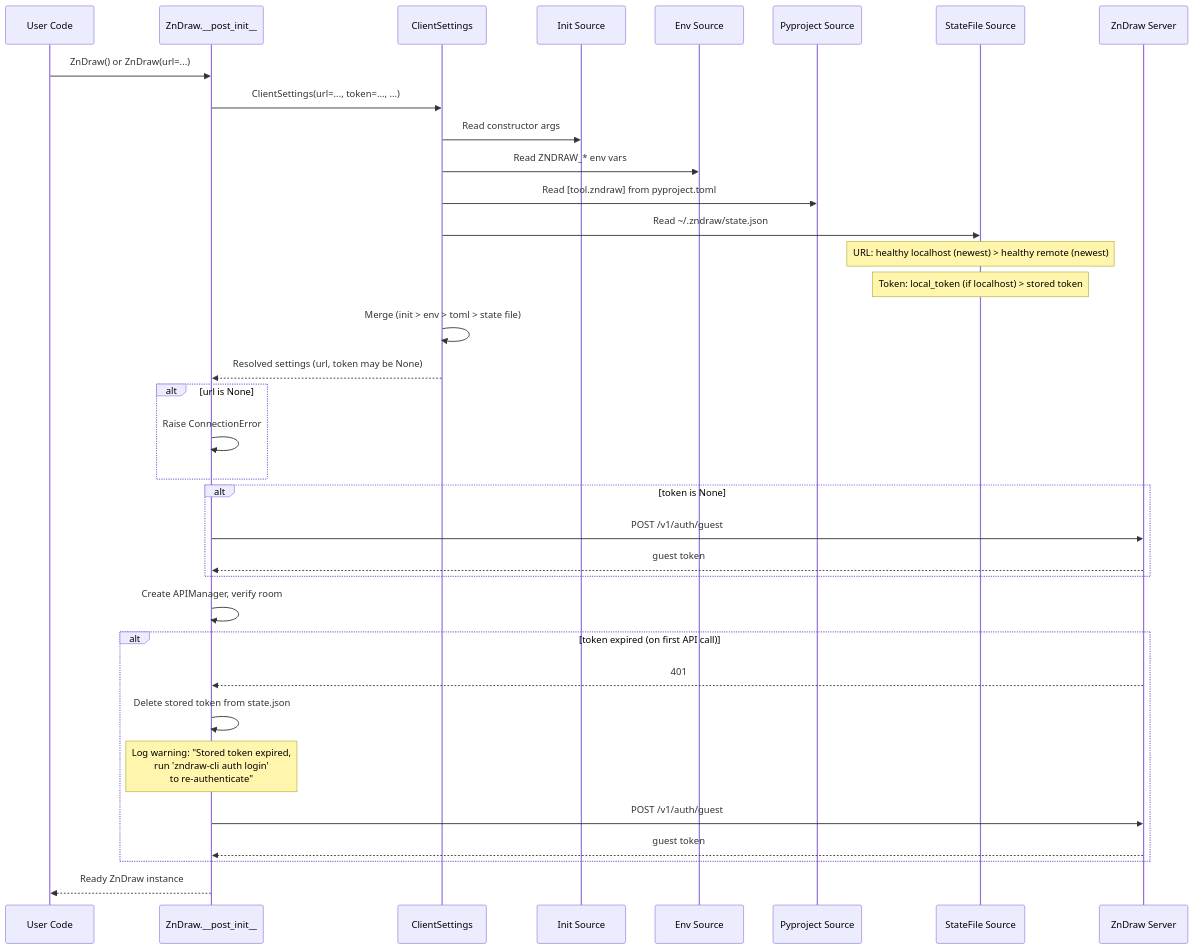
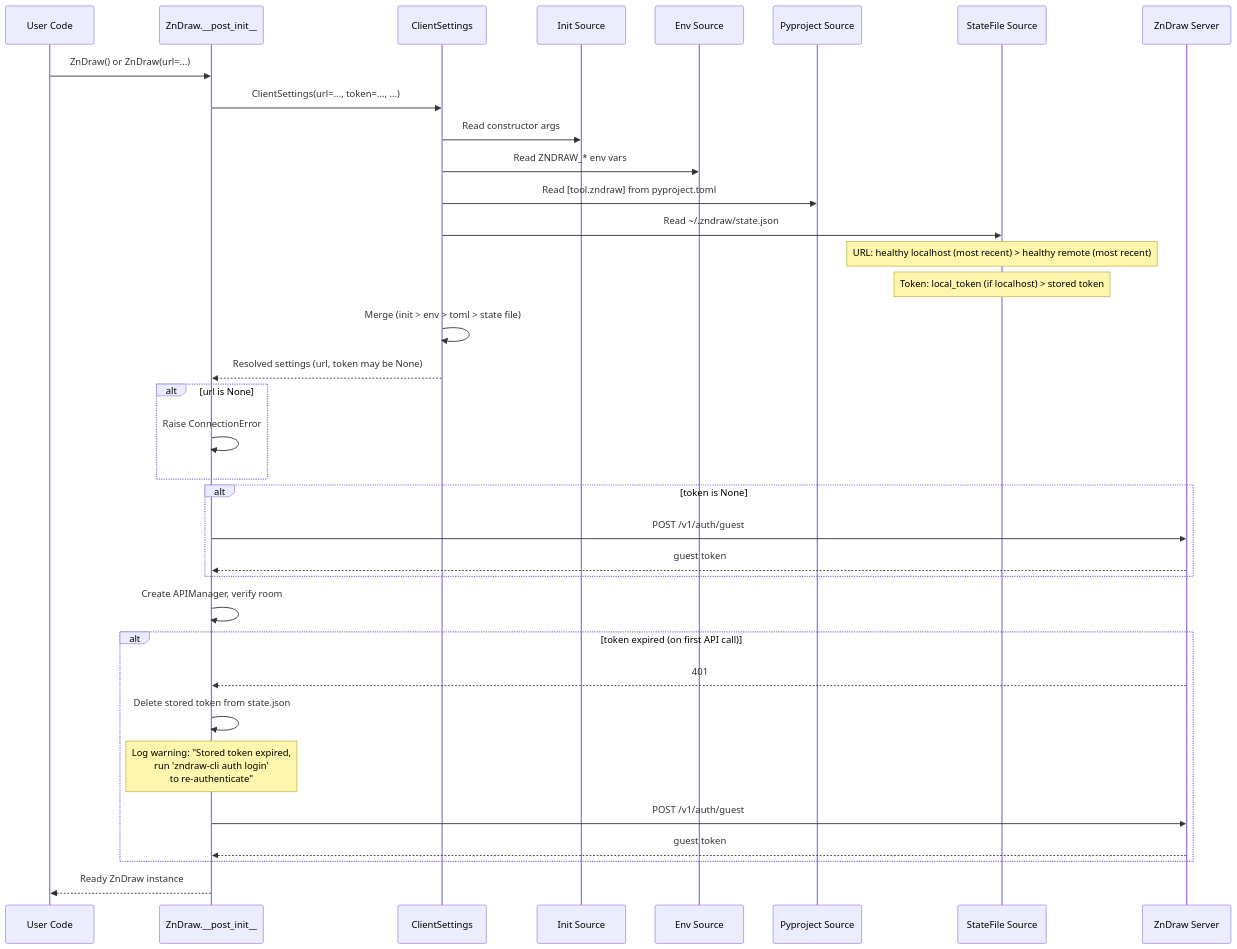
One commit to zincware/ZnDraw changed the fourth of 5 diagrams in docs/superpowers/specs/2026-03-25-pydantic-settings-unification-design.md. Above: the diagram before and after it, drawn with Mermaid. The commit also changed other lines of this file, not shown here.

````diff
--- a/docs/superpowers/specs/2026-03-25-pydantic-settings-unification-design.md
+++ b/docs/superpowers/specs/2026-03-25-pydantic-settings-unification-design.md
@@ -330,45 +332,45 @@
 ```mermaid
 sequenceDiagram
     participant User as User Code
     participant ZD as ZnDraw.__post_init__
     participant CS as ClientSettings
     participant Init as Init Source
     participant Env as Env Source
     participant Toml as Pyproject Source
     participant SF as StateFile Source
     participant Server as ZnDraw Server
 
     User->>ZD: ZnDraw() or ZnDraw(url=...)
     ZD->>CS: ClientSettings(url=..., token=..., ...)
     CS->>Init: Read constructor args
     CS->>Env: Read ZNDRAW_* env vars
     CS->>Toml: Read [tool.zndraw] from pyproject.toml
     CS->>SF: Read ~/.zndraw/state.json
 
-    Note over SF: URL: healthy localhost (newest) > healthy remote (newest)
+    Note over SF: URL: healthy localhost (most recent) > healthy remote (most recent)
     Note over SF: Token: local_token (if localhost) > stored token
 
     CS->>CS: Merge (init > env > toml > state file)
     CS-->>ZD: Resolved settings (url, token may be None)
 
     alt url is None
         ZD->>ZD: Raise ConnectionError
     end
 
     alt token is None
         ZD->>Server: POST /v1/auth/guest
         Server-->>ZD: guest token
     end
 
     ZD->>ZD: Create APIManager, verify room
 
     alt token expired (on first API call)
         Server-->>ZD: 401
         ZD->>ZD: Delete stored token from state.json
         Note over ZD: Log warning: "Stored token expired,<br/>run 'zndraw-cli auth login'<br/>to re-authenticate"
         ZD->>Server: POST /v1/auth/guest
         Server-->>ZD: guest token
     end
 
     ZD-->>User: Ready ZnDraw instance
 ```
````
